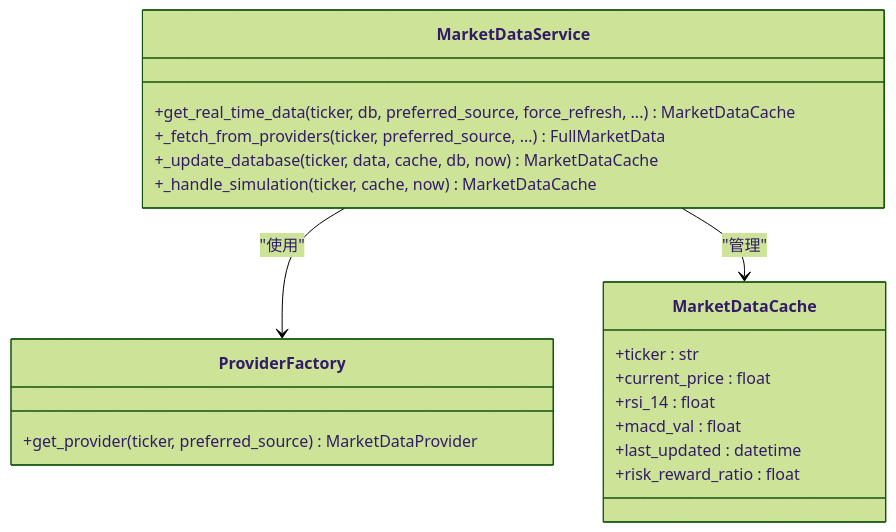
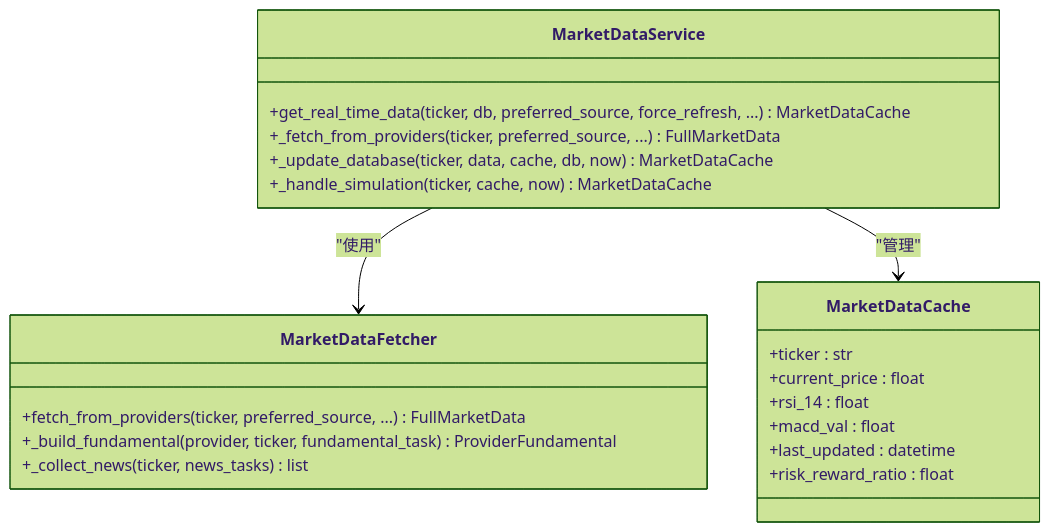
Before and after one commit to breeze-lyf/ai-stock-advisor: the third of 15 diagrams in .qoder/repowiki/zh/content/Enhanced Ai Analysis Service.md, drawn with Mermaid (forest theme). The commit also changed other lines of this file and 43 other files, not shown here.

Commit message:
feat: Enhance AI analysis service, update market data providers, and refactor stock detail UI with new analysis components.

````diff
--- a/.qoder/repowiki/zh/content/Enhanced Ai Analysis Service.md
+++ b/.qoder/repowiki/zh/content/Enhanced Ai Analysis Service.md
@@ -184,22 +205,24 @@
 ```mermaid
 classDiagram
 class MarketDataService {
 +get_real_time_data(ticker, db, preferred_source, force_refresh, ...) MarketDataCache
 +_fetch_from_providers(ticker, preferred_source, ...) FullMarketData
 +_update_database(ticker, data, cache, db, now) MarketDataCache
 +_handle_simulation(ticker, cache, now) MarketDataCache
 }
-class ProviderFactory {
-+get_provider(ticker, preferred_source) MarketDataProvider
+class MarketDataFetcher {
++fetch_from_providers(ticker, preferred_source, ...) FullMarketData
++_build_fundamental(provider, ticker, fundamental_task) ProviderFundamental
++_collect_news(ticker, news_tasks) list
 }
 class MarketDataCache {
 +ticker : str
 +current_price : float
 +rsi_14 : float
 +macd_val : float
 +last_updated : datetime
 +risk_reward_ratio : float
 }
-MarketDataService --> ProviderFactory : "使用"
+MarketDataService --> MarketDataFetcher : "使用"
 MarketDataService --> MarketDataCache : "管理"
 ```
````
